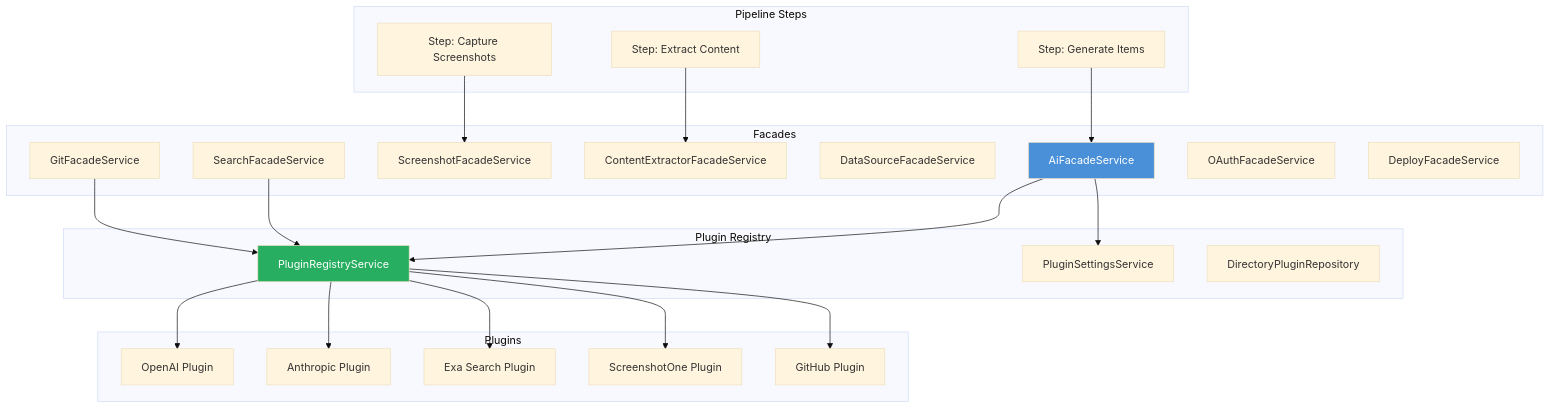
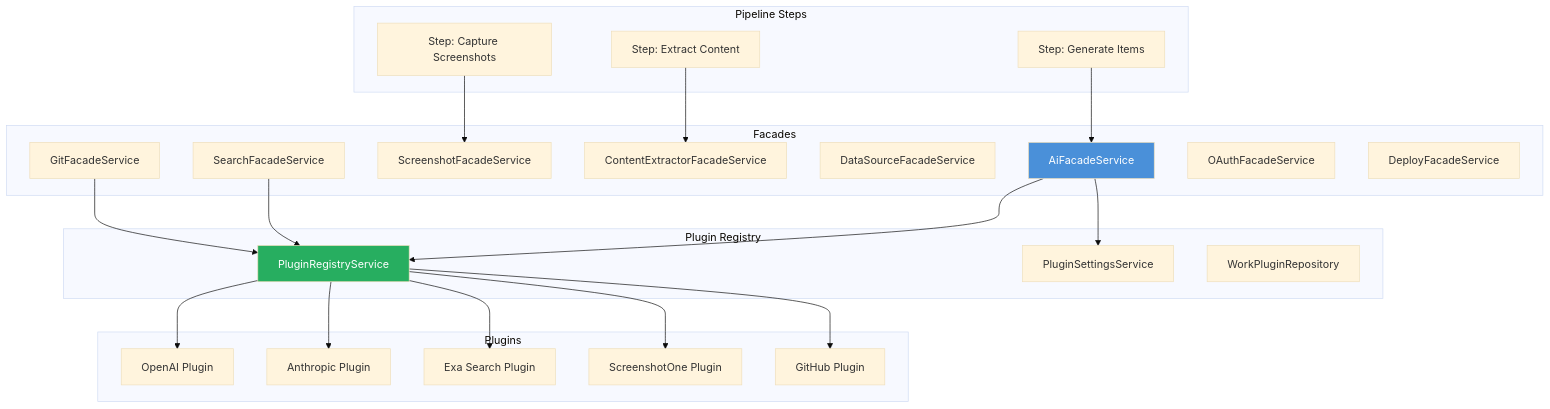
Before and after one commit to ever-works/ever-works: the diagram in docs/architecture/facade-pattern.md, drawn with Mermaid (base theme). The commit also changed other lines of this file and 395 other files, not shown here.

````diff
--- a/docs/architecture/facade-pattern.md
+++ b/docs/architecture/facade-pattern.md
@@ -14,51 +14,51 @@
 ```mermaid
 graph TD
     subgraph Pipeline Steps
         S1[Step: Generate Items]
         S2[Step: Extract Content]
         S3[Step: Capture Screenshots]
     end
 
     subgraph Facades
         AIF[AiFacadeService]
         SF[SearchFacadeService]
         SSF[ScreenshotFacadeService]
         CEF[ContentExtractorFacadeService]
         DSF[DataSourceFacadeService]
         GF[GitFacadeService]
         OF[OAuthFacadeService]
         DF[DeployFacadeService]
     end
 
     subgraph Plugin Registry
         PR[PluginRegistryService]
         PS[PluginSettingsService]
-        DPR[DirectoryPluginRepository]
+        DPR[WorkPluginRepository]
     end
 
     subgraph Plugins
         P1[OpenAI Plugin]
         P2[Anthropic Plugin]
         P3[Exa Search Plugin]
         P4[ScreenshotOne Plugin]
         P5[GitHub Plugin]
     end
 
     S1 --> AIF
     S2 --> CEF
     S3 --> SSF
 
     AIF --> PR
     AIF --> PS
     SF --> PR
     GF --> PR
 
     PR --> P1
     PR --> P2
     PR --> P3
     PR --> P4
     PR --> P5
 
     style AIF fill:#4a90d9,color:#fff
     style PR fill:#27ae60,color:#fff
 ```
````
